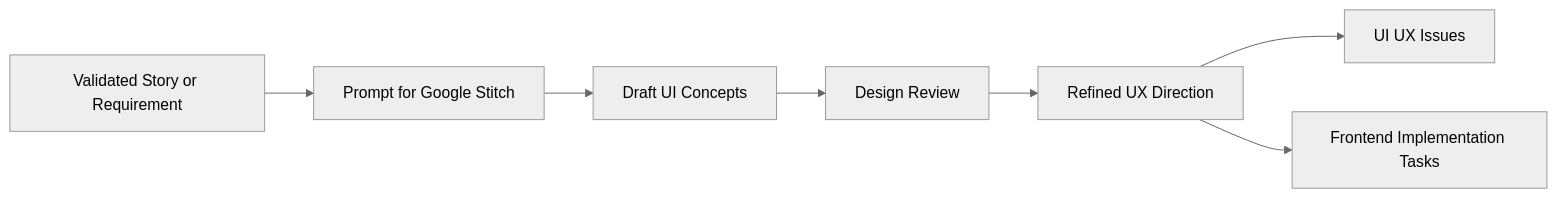
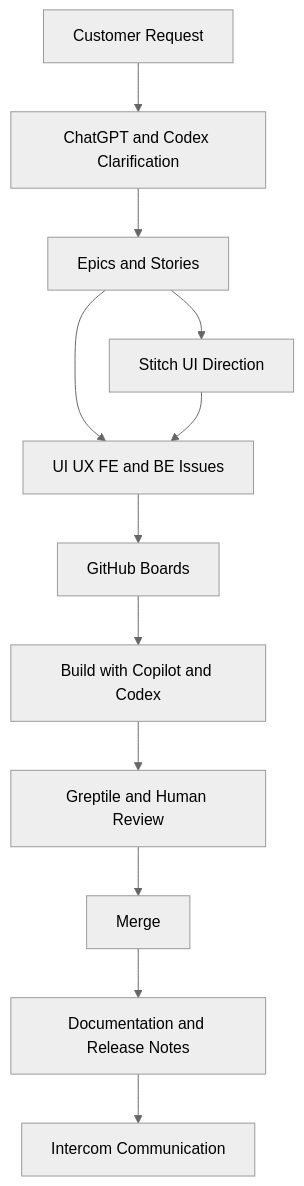
Before and after one commit to refat-asadullah-creolytix-dev/refat-asadullah-creolytix-dev: the seventh of 18 diagrams in creolytix-ai-delivery-model.md, drawn with Mermaid (neutral theme). The commit also changed other lines of this file, not shown here.

````diff
--- a/creolytix-ai-delivery-model.md
+++ b/creolytix-ai-delivery-model.md
@@ -346,9 +260,14 @@
 ```mermaid
-flowchart LR
-    A[Validated Story or Requirement] --> B[Prompt for Google Stitch]
-    B --> C[Draft UI Concepts]
-    C --> D[Design Review]
-    D --> E[Refined UX Direction]
-    E --> F[UI UX Issues]
-    E --> G[Frontend Implementation Tasks]
+flowchart TD
+    A[Customer Request] --> B[ChatGPT and Codex Clarification]
+    B --> C[Epics and Stories]
+    C --> D[Stitch UI Direction]
+    C --> E[UI UX FE and BE Issues]
+    D --> E
+    E --> F[GitHub Boards]
+    F --> G[Build with Copilot and Codex]
+    G --> H[Greptile and Human Review]
+    H --> I[Merge]
+    I --> J[Documentation and Release Notes]
+    J --> K[Intercom Communication]
 ```
````
